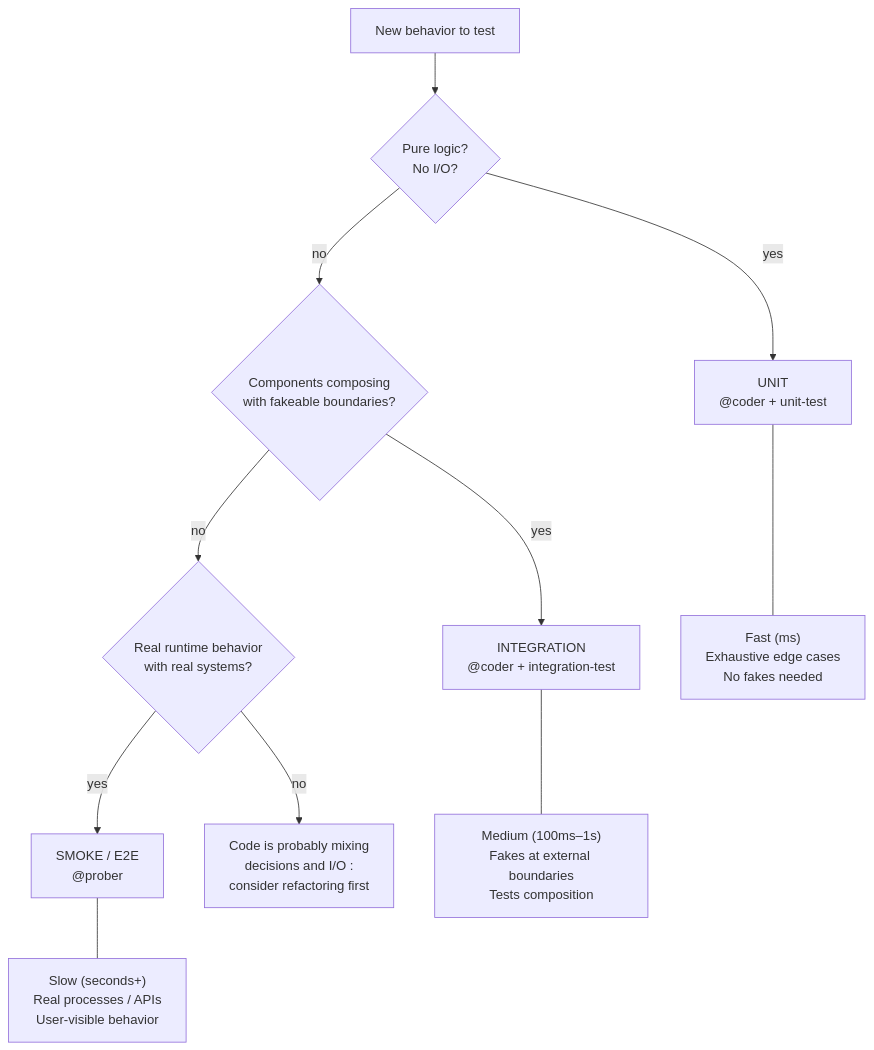
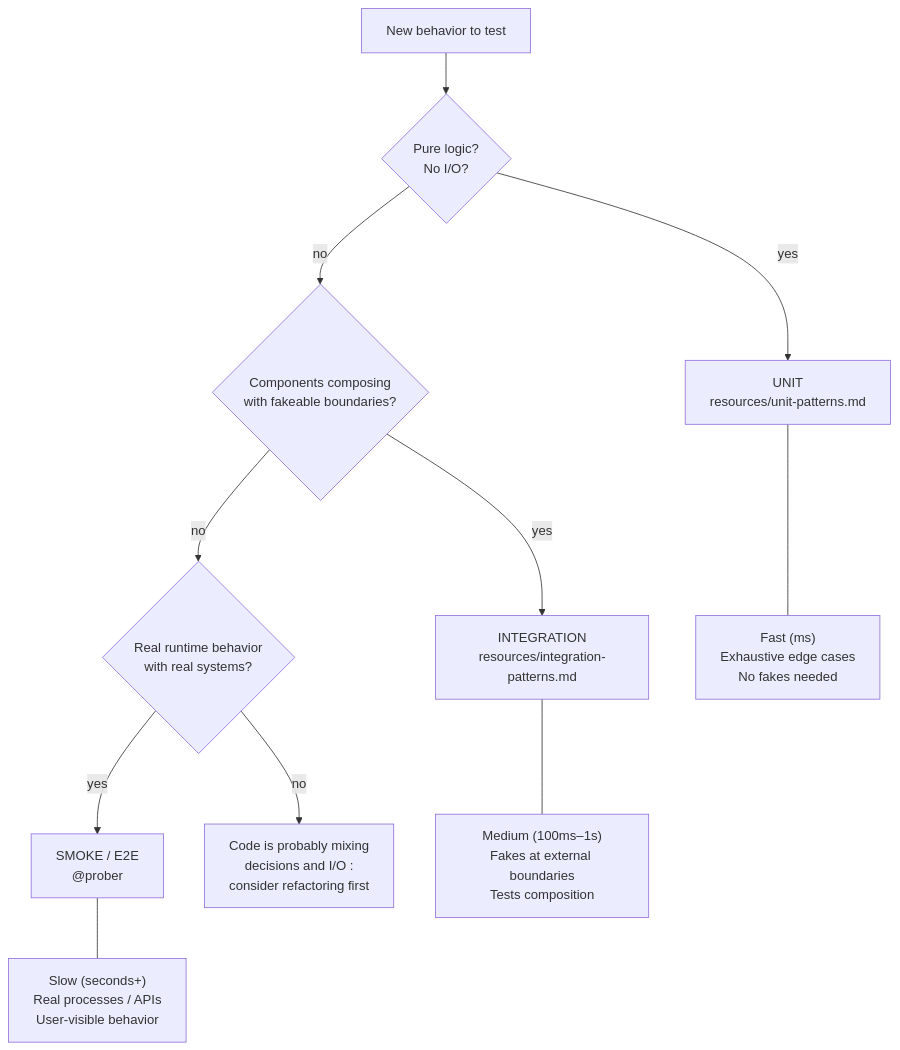
Before and after one commit to haowjy/writing-assistant: the diagram in .mars/skills/testing/resources/tier-judgment.md, drawn with Mermaid. The commit also changed other lines of this file and 629 other files, not shown here.

````diff
--- a/.mars/skills/testing/resources/tier-judgment.md
+++ b/.mars/skills/testing/resources/tier-judgment.md
@@ -7,14 +7,14 @@
 ```mermaid
 flowchart TD
     START[New behavior to test] --> Q1{"Pure logic?<br/>No I/O?"}
-    Q1 -->|yes| UNIT["UNIT<br/>@coder + unit-test"]
+    Q1 -->|yes| UNIT["UNIT<br/>resources/unit-patterns.md"]
     Q1 -->|no| Q2{"Components composing<br/>with fakeable boundaries?"}
-    Q2 -->|yes| INT["INTEGRATION<br/>@coder + integration-test"]
+    Q2 -->|yes| INT["INTEGRATION<br/>resources/integration-patterns.md"]
     Q2 -->|no| Q3{"Real runtime behavior<br/>with real systems?"}
     Q3 -->|yes| SMOKE["SMOKE / E2E<br/>@prober"]
     Q3 -->|no| REFACTOR["Code is probably mixing<br/>decisions and I/O :<br/>consider refactoring first"]
 
     UNIT --- U_P["Fast (ms)<br/>Exhaustive edge cases<br/>No fakes needed"]
     INT --- I_P["Medium (100ms–1s)<br/>Fakes at external boundaries<br/>Tests composition"]
     SMOKE --- S_P["Slow (seconds+)<br/>Real processes / APIs<br/>User-visible behavior"]
 ```
````
